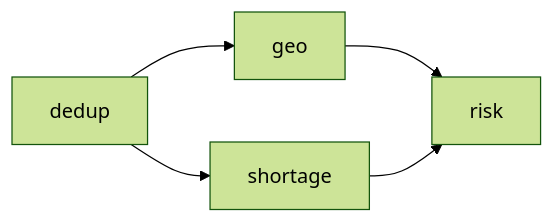
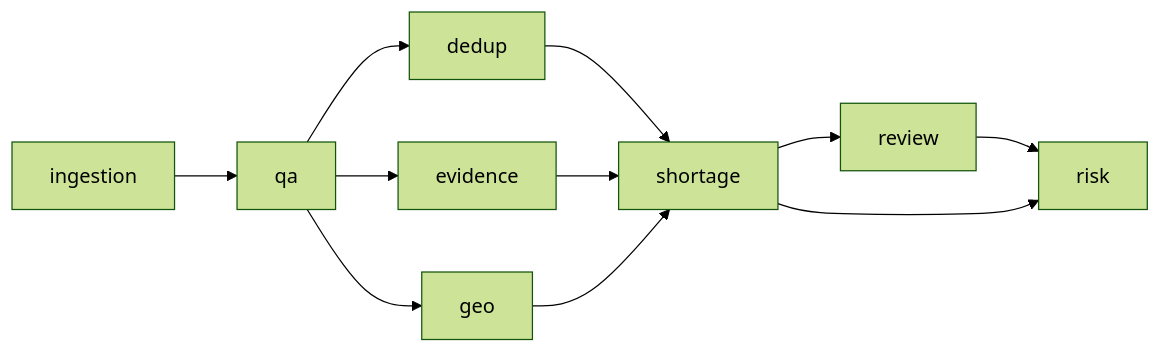
The seventh of 8 diagrams in BUILD.MD (motobob/dbx_hack_doctors), drawn with Mermaid (forest theme) before and after one commit. The commit also changed other lines of this file and 30 other files, not shown here.

````diff
--- a/BUILD.MD
+++ b/BUILD.MD
@@ -765,7 +878,13 @@
 ```mermaid
 flowchart LR
-  dedup[dedup] --> geo[geo]
+  ingestion[ingestion] --> qa[qa]
+  qa --> dedup[dedup]
+  qa --> evidence[evidence]
+  qa --> geo[geo]
   dedup --> shortage[shortage]
-  geo --> risk[risk]
+  evidence --> shortage
+  geo --> shortage
+  shortage --> review[review]
+  review --> risk[risk]
   shortage --> risk
 ```
````
